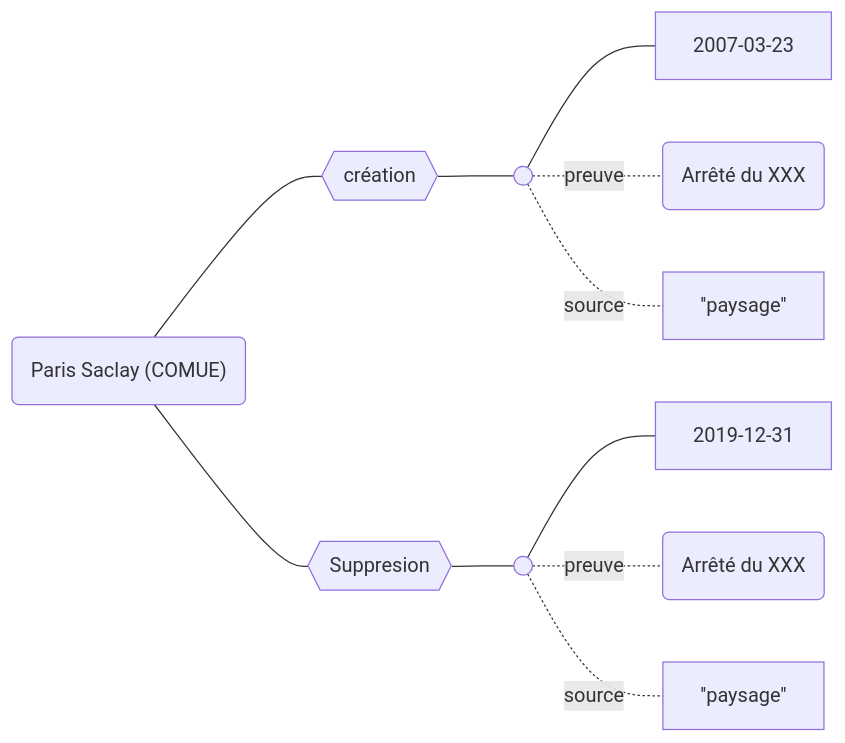
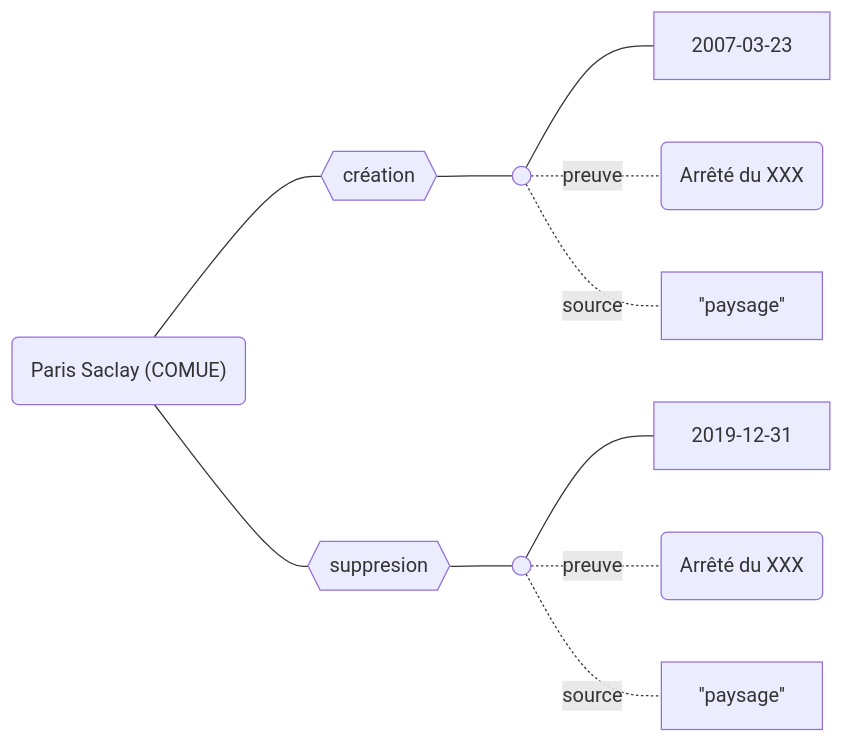
Before and after one commit to abes-esr/movies-doc: the second of 2 diagrams in docs/Modélisation Movies/Existence des établissements.md, drawn with Mermaid. The commit also changed other lines of this file and 28 other files, not shown here.

````diff
--- a/docs/Modélisation Movies/Existence des établissements.md
+++ b/docs/Modélisation Movies/Existence des établissements.md
@@ -13,11 +27,11 @@
 ```mermaid
 graph LR
     PS("Paris Saclay (COMUE)")
     PS --- CREA{{création}} --- C(( )) ---  2007-03-23
     C -.- |preuve| PreuveCrea(Arrêté du XXX)
     C -.- |source| SourceCrea[''paysage'']
     
-    PS--- SUPPR{{Suppresion}} --- S(( )) --- 2019-12-31
+    PS--- SUPPR{{suppresion}} --- S(( )) --- 2019-12-31
     S(( )) -.- |preuve| PreuveSuppr(Arrêté du XXX)
     S(( )) -.- |source| SourceSuppr[''paysage'']
 ```
````
